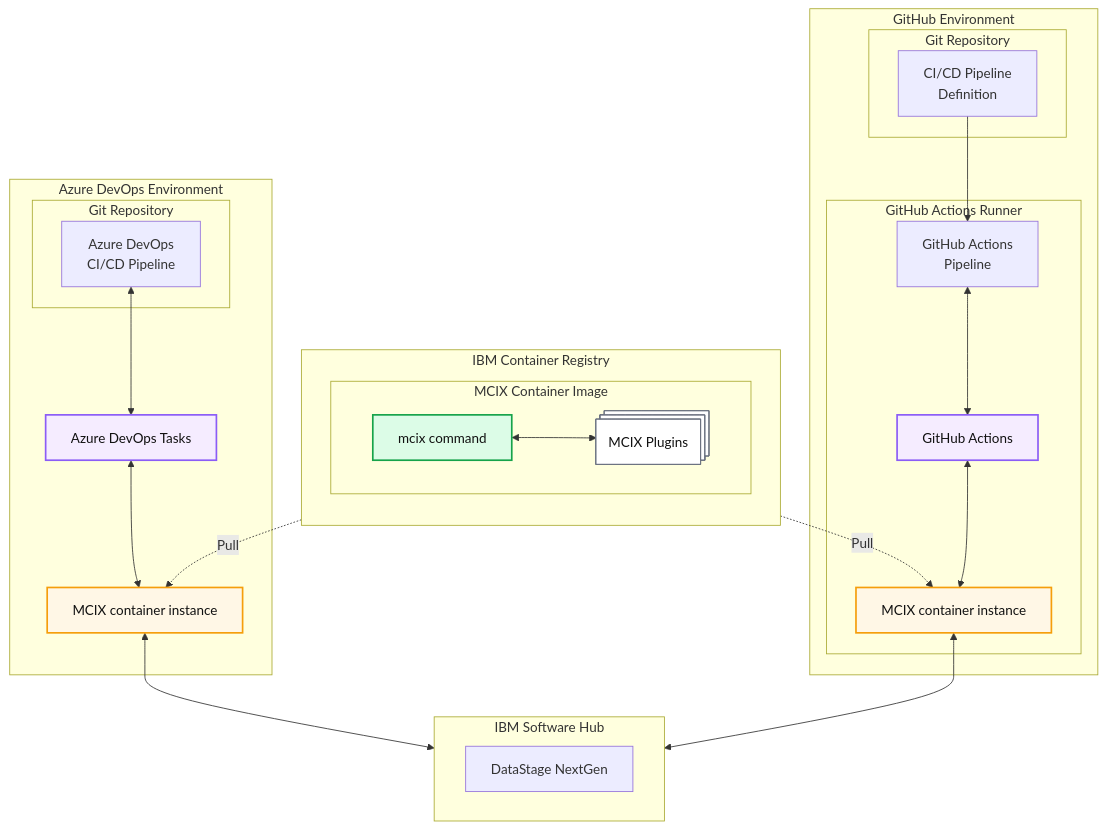
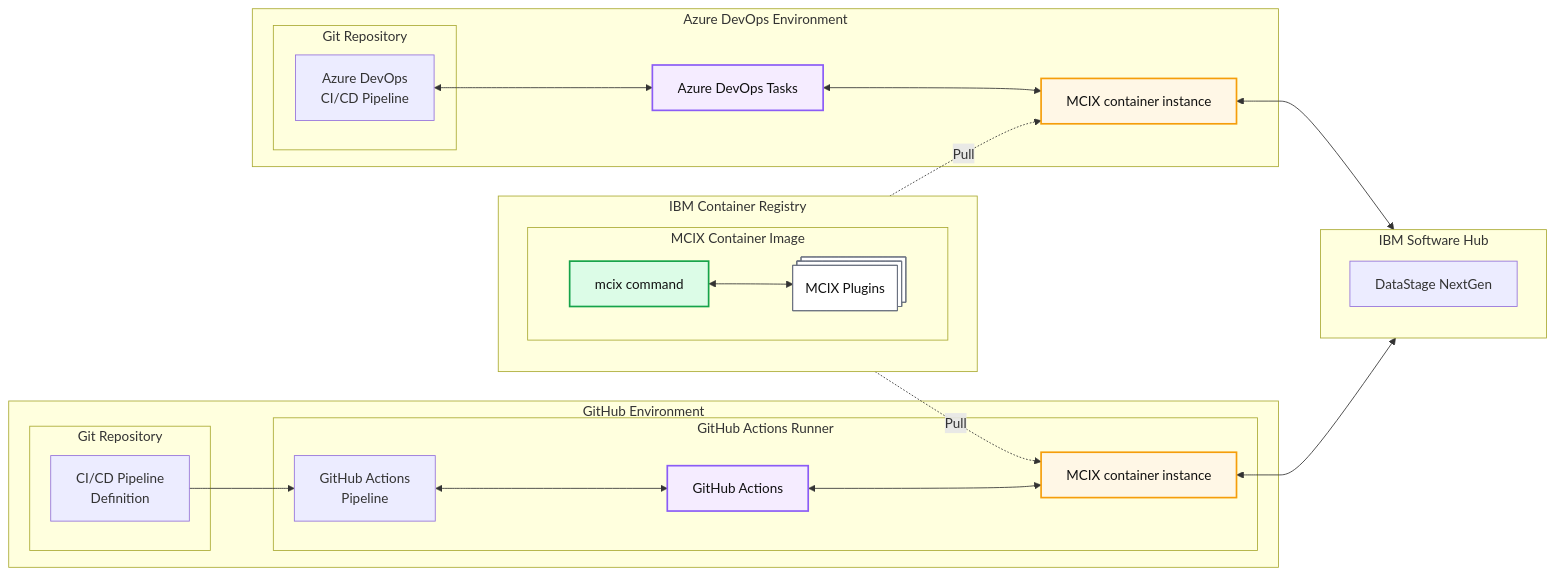
Before and after one commit to MettleCI/mcix: the diagram in ARCHITECTURE.md, drawn with Mermaid.

Commit message:
Change flowchart direction from TD to LR

````diff
--- a/ARCHITECTURE.md
+++ b/ARCHITECTURE.md
@@ -1,5 +1,5 @@
 ```mermaid
-  flowchart TD
+  flowchart LR
 
   %% =========================
   %% Styles
````
